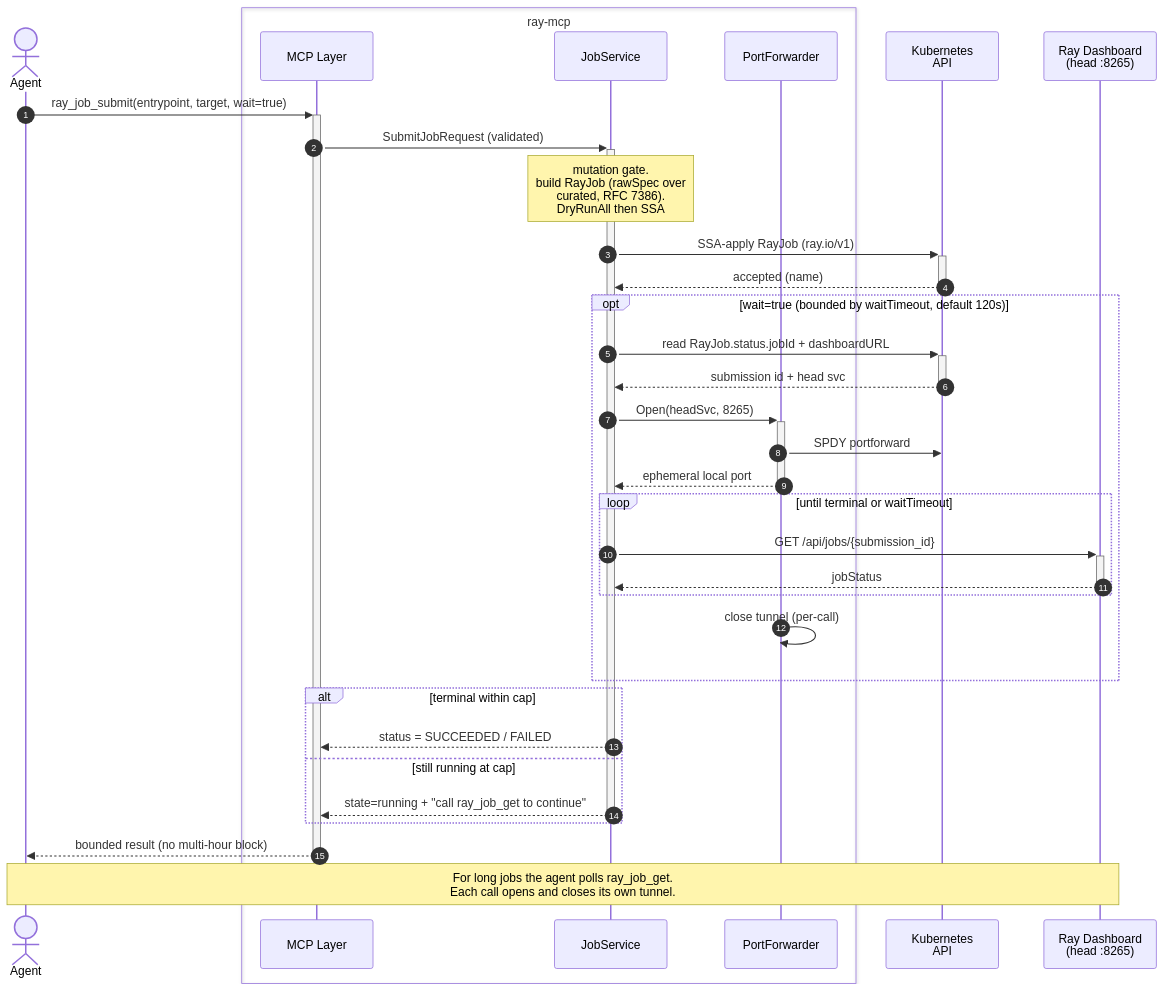
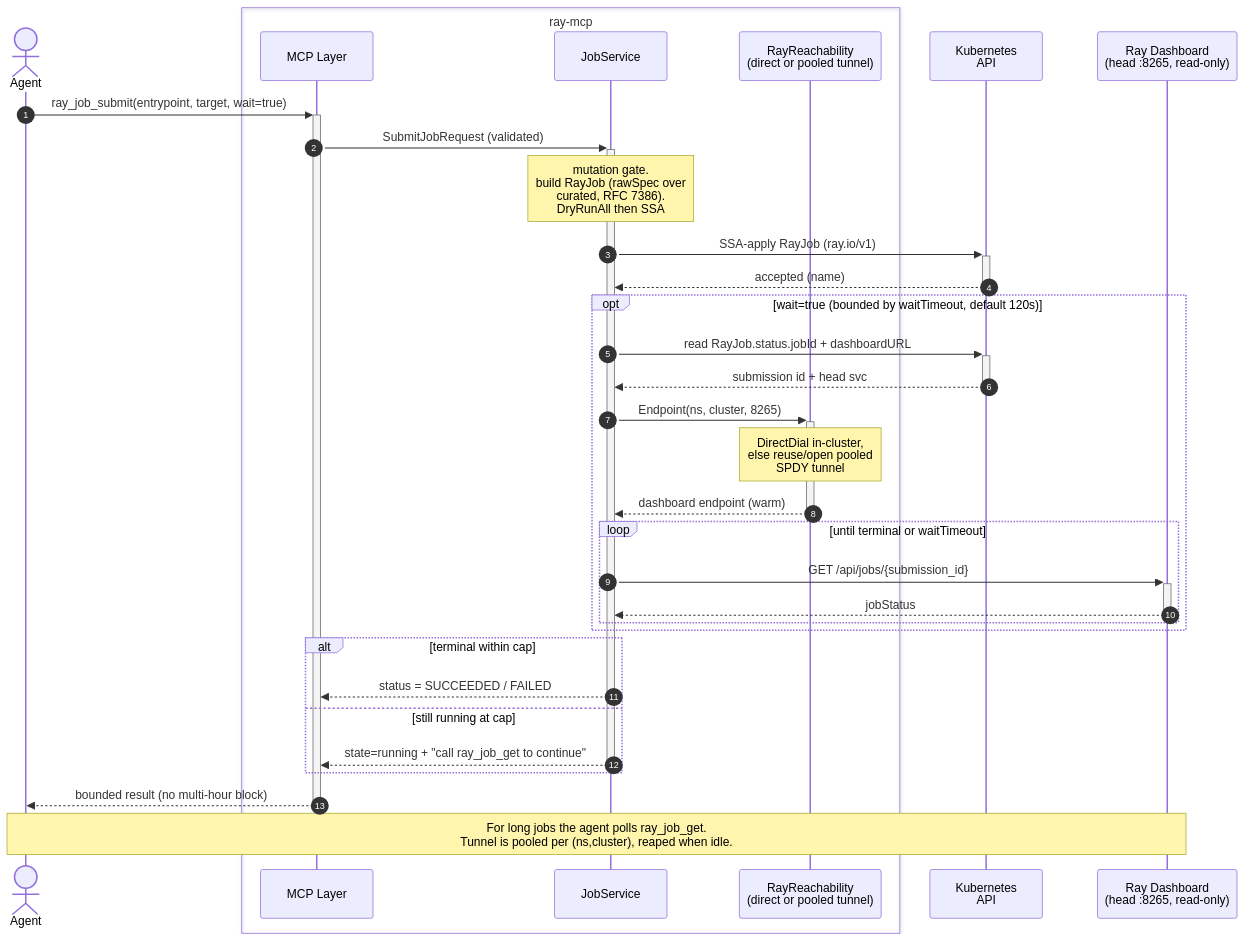
Before and after one commit to risjai/ray-mcp: the diagram in docs/superpowers/specs/2026-06-13-ray-mcp-design.md, drawn with Mermaid. The commit also changed other lines of this file, not shown here.

First line of the commit message:
Fold grilling decisions Q6-Q8 into ray-mcp design

````diff
--- a/docs/superpowers/specs/2026-06-13-ray-mcp-design.md
+++ b/docs/superpowers/specs/2026-06-13-ray-mcp-design.md
@@ -318,40 +344,39 @@
 ```mermaid
 sequenceDiagram
     autonumber
     actor Agent
     box ray-mcp
         participant MCP as MCP Layer
         participant Svc as JobService
-        participant PF as PortForwarder
+        participant Reach as RayReachability<br>(direct or pooled tunnel)
     end
     participant K8s as Kubernetes<br>API
-    participant Ray as Ray Dashboard<br>(head :8265)
+    participant Ray as Ray Dashboard<br>(head :8265, read-only)
 
     Agent->>+MCP: ray_job_submit(entrypoint, target, wait=true)
     MCP->>+Svc: SubmitJobRequest (validated)
     Note over Svc: mutation gate.<br>build RayJob (rawSpec over<br>curated, RFC 7386).<br>DryRunAll then SSA
     Svc->>+K8s: SSA-apply RayJob (ray.io/v1)
     K8s-->>-Svc: accepted (name)
 
     opt wait=true (bounded by waitTimeout, default 120s)
         Svc->>+K8s: read RayJob.status.jobId + dashboardURL
         K8s-->>-Svc: submission id + head svc
-        Svc->>+PF: Open(headSvc, 8265)
-        PF->>K8s: SPDY portforward
-        PF-->>-Svc: ephemeral local port
+        Svc->>+Reach: Endpoint(ns, cluster, 8265)
+        Note over Reach: DirectDial in-cluster,<br>else reuse/open pooled<br>SPDY tunnel
+        Reach-->>-Svc: dashboard endpoint (warm)
         loop until terminal or waitTimeout
             Svc->>+Ray: GET /api/jobs/{submission_id}
             Ray-->>-Svc: jobStatus
         end
-        PF->>PF: close tunnel (per-call)
     end
 
     alt terminal within cap
         Svc-->>MCP: status = SUCCEEDED / FAILED
     else still running at cap
         Svc-->>-MCP: state=running + "call ray_job_get to continue"
     end
     MCP-->>-Agent: bounded result (no multi-hour block)
 
-    Note over Agent,Ray: For long jobs the agent polls ray_job_get.<br>Each call opens and closes its own tunnel.
+    Note over Agent,Ray: For long jobs the agent polls ray_job_get.<br>Tunnel is pooled per (ns,cluster), reaped when idle.
 ```
````
